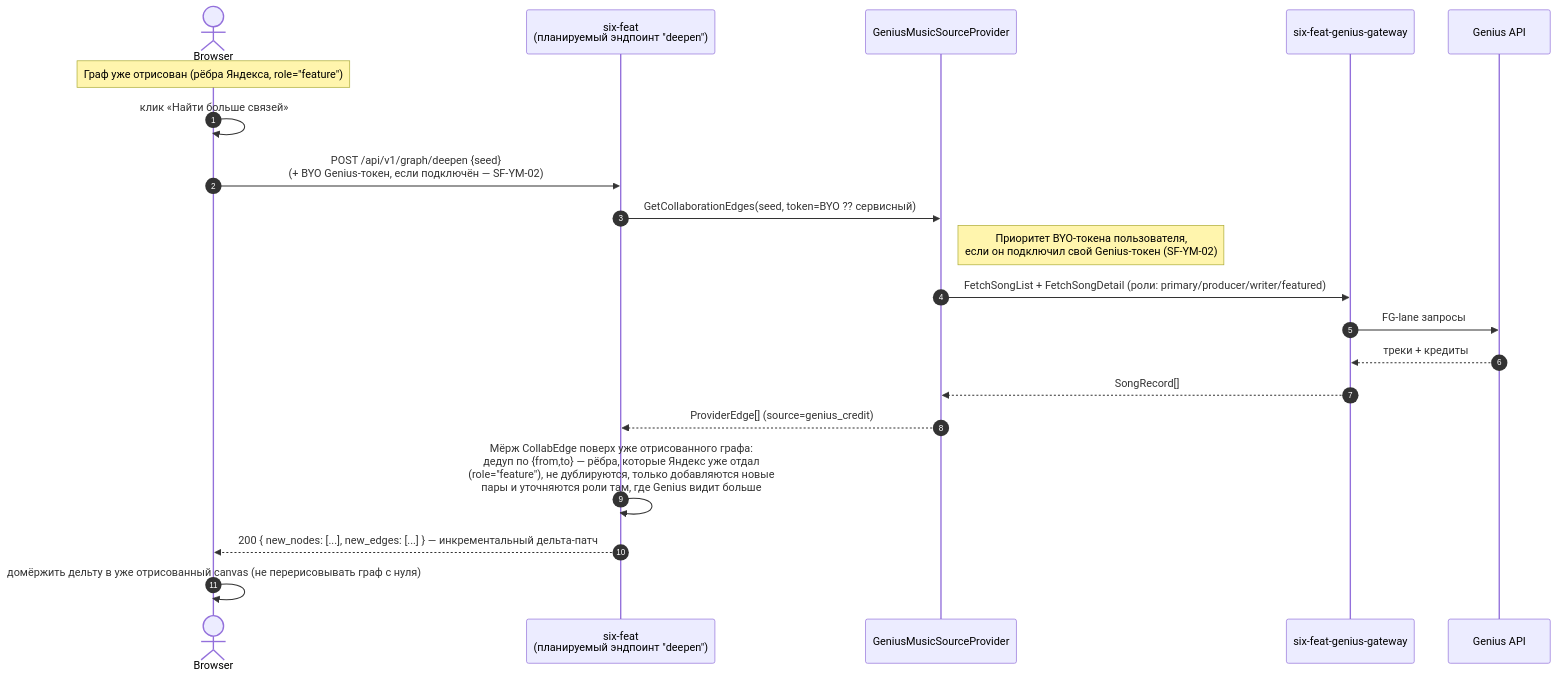
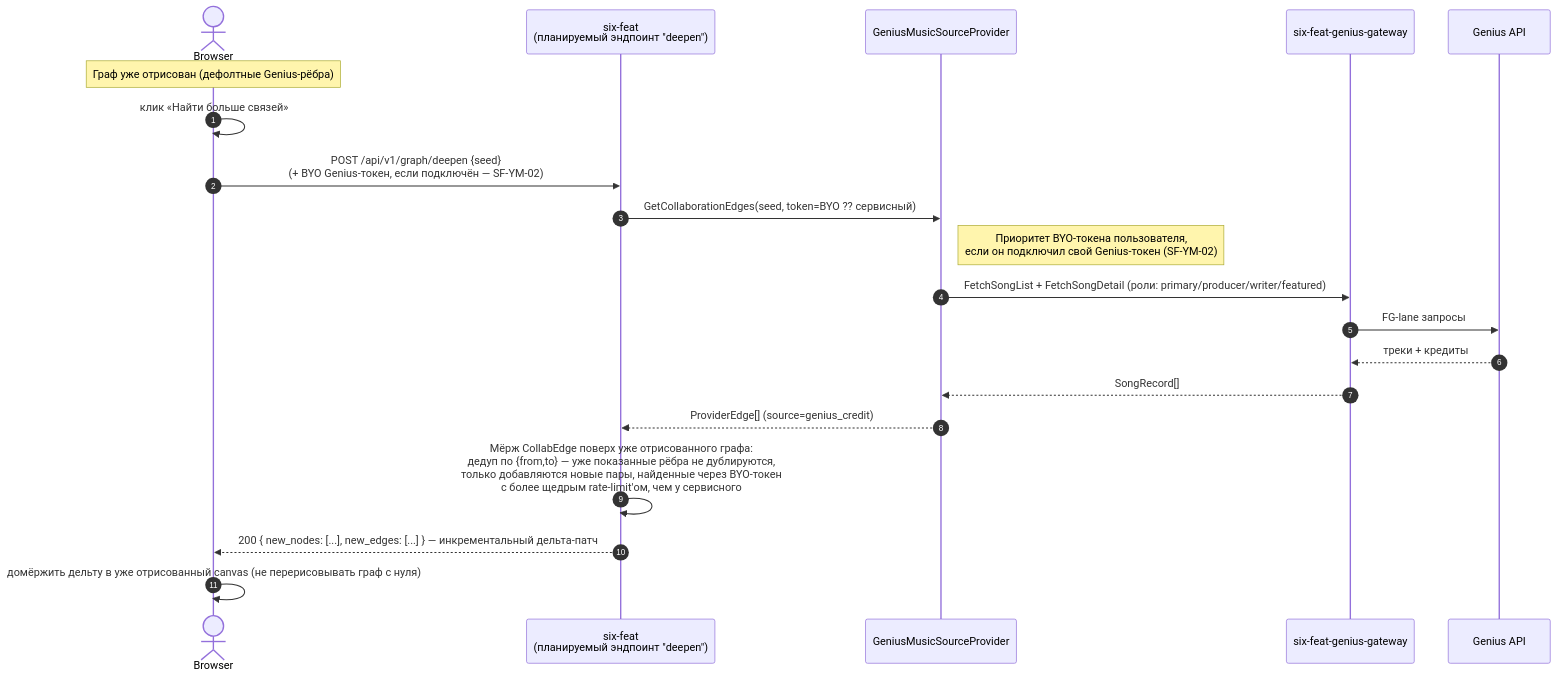
The diagram in docs/architecture/sequences/deepen-on-demand.md (don-qu1xote/six-feat), drawn with Mermaid before and after one commit. The commit also changed other lines of this file and 114 other files, not shown here.

````diff
--- a/docs/architecture/sequences/deepen-on-demand.md
+++ b/docs/architecture/sequences/deepen-on-demand.md
@@ -16,25 +16,25 @@
 ```mermaid
 sequenceDiagram
     autonumber
     actor Browser
     participant SixFeat as six-feat<br/>(планируемый эндпоинт "deepen")
     participant GeniusProv as GeniusMusicSourceProvider
     participant GeniusGw as six-feat-genius-gateway
     participant Genius as Genius API
 
-    Note over Browser: Граф уже отрисован (рёбра Яндекса, role="feature")
+    Note over Browser: Граф уже отрисован (дефолтные Genius-рёбра)
     Browser->>Browser: клик «Найти больше связей»
     Browser->>SixFeat: POST /api/v1/graph/deepen {seed}<br/>(+ BYO Genius-токен, если подключён — SF-YM-02)
 
     SixFeat->>GeniusProv: GetCollaborationEdges(seed, token=BYO ?? сервисный)
     Note right of GeniusProv: Приоритет BYO-токена пользователя,<br/>если он подключил свой Genius-токен (SF-YM-02)
     GeniusProv->>GeniusGw: FetchSongList + FetchSongDetail (роли: primary/producer/writer/featured)
     GeniusGw->>Genius: FG-lane запросы
     Genius-->>GeniusGw: треки + кредиты
     GeniusGw-->>GeniusProv: SongRecord[]
     GeniusProv-->>SixFeat: ProviderEdge[] (source=genius_credit)
 
-    SixFeat->>SixFeat: Мёрж CollabEdge поверх уже отрисованного графа:<br/>дедуп по {from,to} — рёбра, которые Яндекс уже отдал<br/>(role="feature"), не дублируются, только добавляются новые<br/>пары и уточняются роли там, где Genius видит больше
+    SixFeat->>SixFeat: Мёрж CollabEdge поверх уже отрисованного графа:<br/>дедуп по {from,to} — уже показанные рёбра не дублируются,<br/>только добавляются новые пары, найденные через BYO-токен<br/>с более щедрым rate-limit'ом, чем у сервисного
     SixFeat-->>Browser: 200 { new_nodes: [...], new_edges: [...] } — инкрементальный дельта-патч
     Browser->>Browser: домёржить дельту в уже отрисованный canvas (не перерисовывать граф с нуля)
 ```
````
